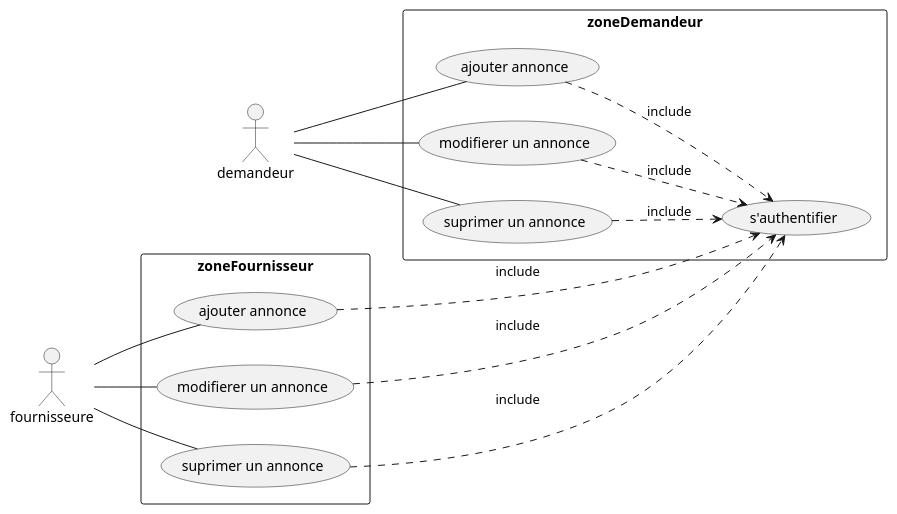
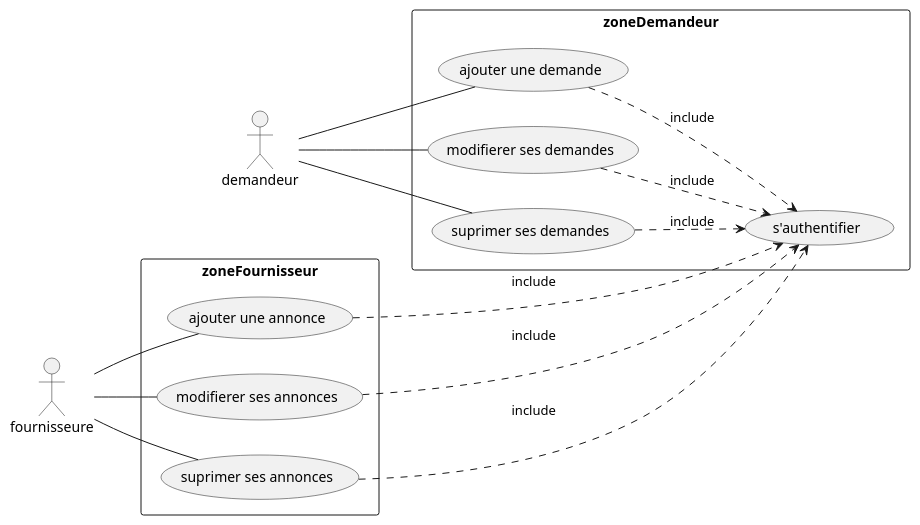
Before and after one commit to HoussamEddineLamzoudi/Deal: the diagram in UML/useCase.pu, drawn with PlantUML. The commit also changed 2 other files, not shown here.

```diff
--- a/UML/useCase.pu
+++ b/UML/useCase.pu
@@ -1,35 +1,35 @@
 @startuml useCase
 left to right direction
 
 actor "demandeur" as fc1
 actor "fournisseure" as fc2
 
 rectangle zoneDemandeur {
-    usecase "ajouter annonce" as DUC1
-    usecase "modifierer un annonce" as DUC2
-    usecase "suprimer un annonce" as DUC3
+    usecase "ajouter une demande" as DUC1
+    usecase "modifierer ses demandes" as DUC2
+    usecase "suprimer ses demandes" as DUC3
 
     (DUC1) ..> (s'authentifier) : include
     (DUC2) ..> (s'authentifier) : include
     (DUC3) ..> (s'authentifier) : include
 }
 
 rectangle zoneFournisseur {
-    usecase "ajouter annonce" as FUC1
-    usecase "modifierer un annonce" as FUC2
-    usecase "suprimer un annonce" as FUC3
+    usecase "ajouter une annonce" as FUC1
+    usecase "modifierer ses annonces" as FUC2
+    usecase "suprimer ses annonces" as FUC3
 
     (FUC1) ...> (s'authentifier) : include
     (FUC2) ..> (s'authentifier) : include
     (FUC3) ..> (s'authentifier) : include
 }
 
 fc1 -- DUC1
 fc1 -- DUC2
 fc1 -- DUC3
 
 fc2 -- FUC1
 fc2 -- FUC2
 fc2 -- FUC3
 
 @enduml
```
